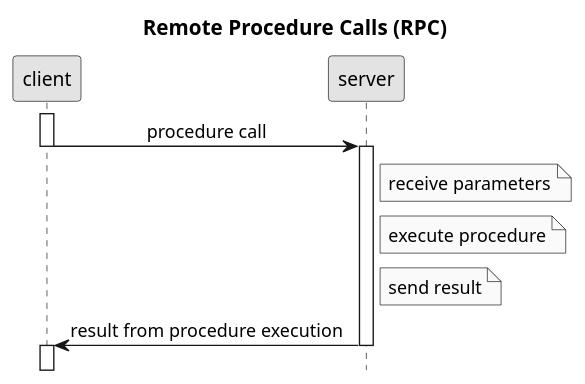
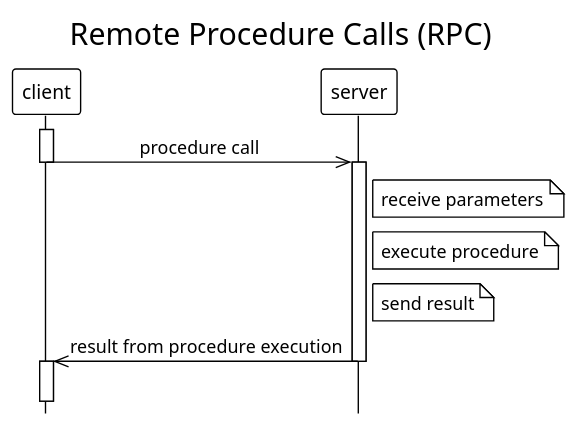
The diagram in grpc-java-examples/images/RPC.puml (c0p4c4b4n4/grpc-grpc-java), drawn with PlantUML before and after one commit. The commit also changed 1 other file, not shown here.

```diff
--- a/grpc-java-examples/images/RPC.puml
+++ b/grpc-java-examples/images/RPC.puml
@@ -1,31 +1,33 @@
 @startuml
-!pragma teoz true
+'!pragma teoz true
+!theme plain
 scale 1.1
 title Remote Procedure Calls (RPC)
 hide footbox
-skinparam monochrome true
-skinparam defaultFontName Source Sans Pro
-skinparam titleFontSize 15
+'skinparam monochrome true
+skinparam TitleFontStyle plain
+'skinparam defaultFontName Source Sans Pro
+'skinparam titleFontSize 15
 skinparam sequenceMessageAlign center
 
 participant "client" as Client
 participant "server" as Server
 
 activate Client
 'note left of Client: invoke procedure
-Client -> Server : procedure call
+Client ->> Server : procedure call
 deactivate Client
 activate Server
 
 note right of Server: receive parameters
 note right of Server: execute procedure
 note right of Server: send result
 
-Server -> Client : result from procedure execution
+Server ->> Client : result from procedure execution
+deactivate Server
 activate Client
-deactivate Server
 
-'||1||
+||20||
 'client -[#white]->]
 
 @enduml
```
